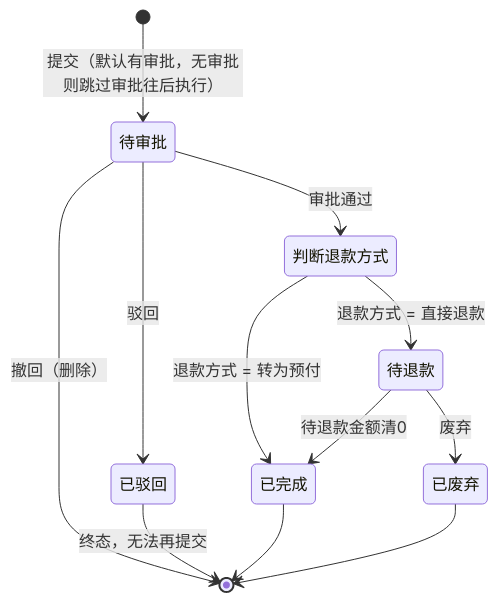
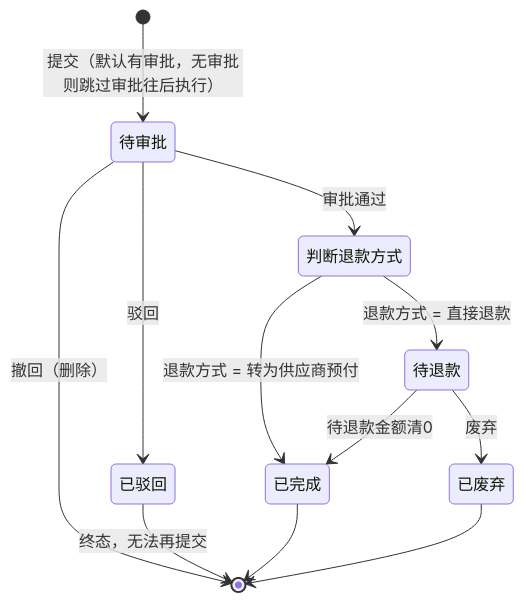
The diagram in content/财务管理/退款单/全局说明.md (attentiontt/att-ob), drawn with Mermaid before and after one commit. The commit also changed 167 other files, not shown here.

````diff
--- a/content/财务管理/退款单/全局说明.md
+++ b/content/财务管理/退款单/全局说明.md
@@ -3,17 +3,17 @@
 ```mermaid
 stateDiagram-v2
     [*] --> 待审批 : 提交（默认有审批，无审批则跳过审批往后执行）
     
     待审批 --> 判断退款方式 : 审批通过
     待审批 --> 已驳回 : 驳回
     待审批 --> [*] : 撤回（删除）
     state 判断退款方式 <<choice>>
     判断退款方式 --> 待退款 : 退款方式 = 直接退款
-    判断退款方式 --> 已完成 : 退款方式 = 转为预付
+    判断退款方式 --> 已完成 : 退款方式 = 转为供应商预付
     待退款 --> 已完成 : 待退款金额清0
     待退款 --> 已废弃 : 废弃
     
     已驳回 --> [*] : 终态，无法再提交
     已完成 --> [*]
     已废弃 --> [*]
 ```
````
